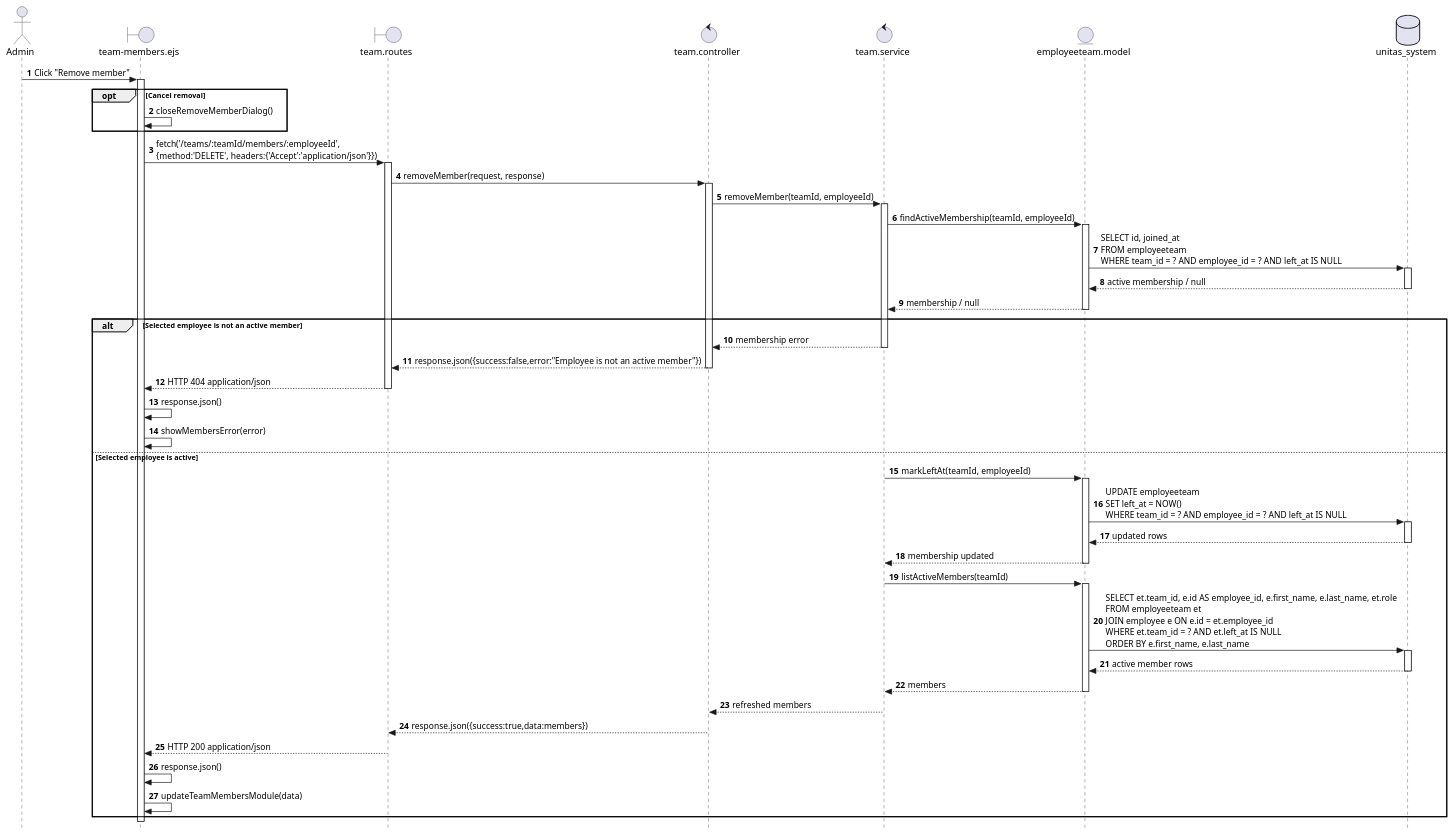
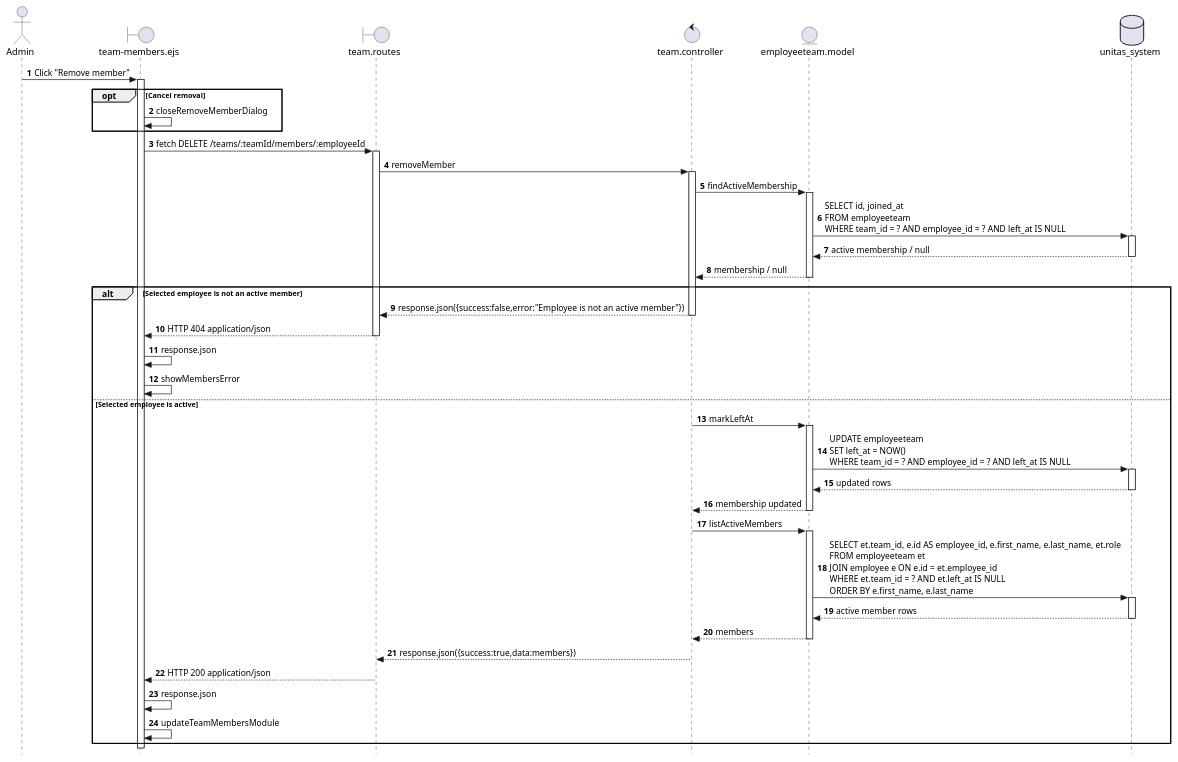
Before and after one commit to Berthou05/LimboSoftwareDevelopment_Change.org: the diagram in documentation/sequence_diagrams/TEAM-07-02-SD.puml, drawn with PlantUML. The commit also changed 1 other file, not shown here.

Commit message:
[DOCS] Update sequence diagrams

```diff
--- a/documentation/sequence_diagrams/TEAM-07-02-SD.puml
+++ b/documentation/sequence_diagrams/TEAM-07-02-SD.puml
@@ -1,72 +1,68 @@
 @startuml
 skinparam style strictuml
 autonumber
 
 actor "Admin" as U
 boundary "team-members.ejs" as V
 boundary "team.routes" as RO
 control "team.controller" as C
-control "team.service" as SV
 entity "employeeteam.model" as X
 database "unitas_system" as DB
 
 U -> V: Click "Remove member"
 activate V
 
 opt Cancel removal
-V -> V: closeRemoveMemberDialog()
+V -> V: closeRemoveMemberDialog
 end
 
-V -> RO: fetch('/teams/:teamId/members/:employeeId',\n{method:'DELETE', headers:{'Accept':'application/json'}})
+V -> RO: fetch DELETE /teams/:teamId/members/:employeeId
 activate RO
-RO -> C: removeMember(request, response)
+RO -> C: removeMember
 activate C
-C -> SV: removeMember(teamId, employeeId)
-activate SV
-SV -> X: findActiveMembership(teamId, employeeId)
+
+C -> X: findActiveMembership
 activate X
 X -> DB: SELECT id, joined_at\nFROM employeeteam\nWHERE team_id = ? AND employee_id = ? AND left_at IS NULL
 activate DB
 DB --> X: active membership / null
 deactivate DB
-X --> SV: membership / null
+X --> C: membership / null
 deactivate X
 
 alt Selected employee is not an active member
-SV --> C: membership error
-deactivate SV
 C --> RO: response.json({success:false,error:"Employee is not an active member"})
 deactivate C
 RO --> V: HTTP 404 application/json
 deactivate RO
-V -> V: response.json()
-V -> V: showMembersError(error)
+V -> V: response.json
+V -> V: showMembersError
 else Selected employee is active
-SV -> X: markLeftAt(teamId, employeeId)
+C -> X: markLeftAt
 activate X
 X -> DB: UPDATE employeeteam\nSET left_at = NOW()\nWHERE team_id = ? AND employee_id = ? AND left_at IS NULL
 activate DB
 DB --> X: updated rows
 deactivate DB
-X --> SV: membership updated
+X --> C: membership updated
 deactivate X
-SV -> X: listActiveMembers(teamId)
+
+C -> X: listActiveMembers
 activate X
 X -> DB: SELECT et.team_id, e.id AS employee_id, e.first_name, e.last_name, et.role\nFROM employeeteam et\nJOIN employee e ON e.id = et.employee_id\nWHERE et.team_id = ? AND et.left_at IS NULL\nORDER BY e.first_name, e.last_name
 activate DB
 DB --> X: active member rows
 deactivate DB
-X --> SV: members
+X --> C: members
 deactivate X
-SV --> C: refreshed members
-deactivate SV
+
 C --> RO: response.json({success:true,data:members})
 deactivate C
 RO --> V: HTTP 200 application/json
 deactivate RO
-V -> V: response.json()
-V -> V: updateTeamMembersModule(data)
+V -> V: response.json
+V -> V: updateTeamMembersModule
 end
+
 deactivate V
-
 @enduml
```
